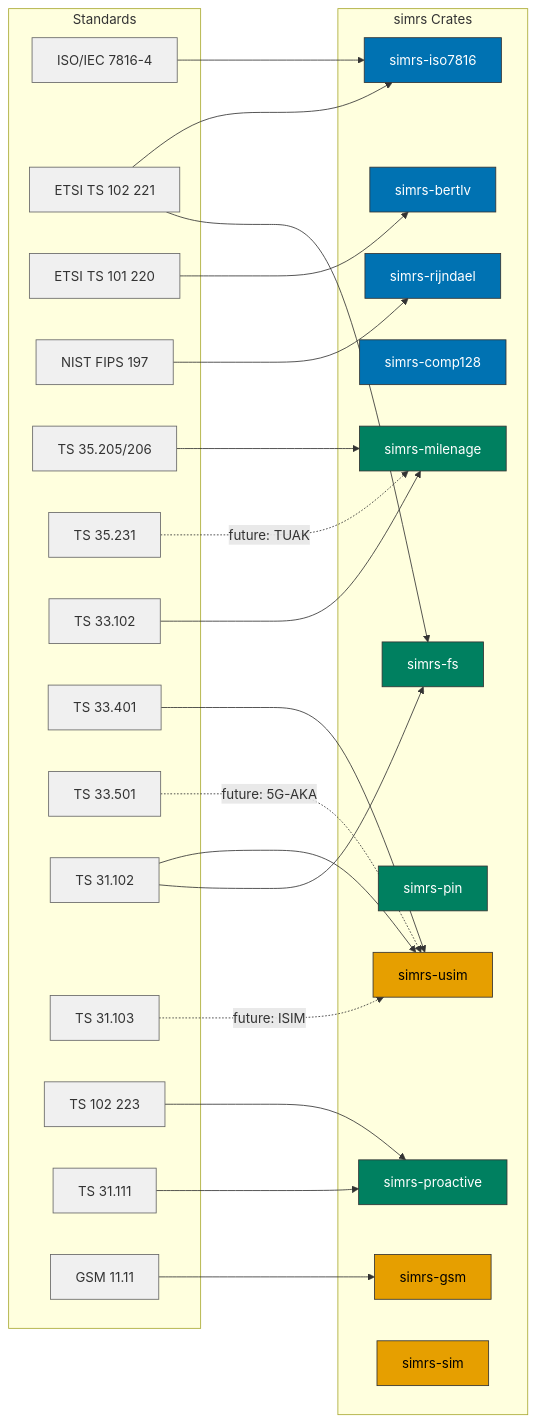
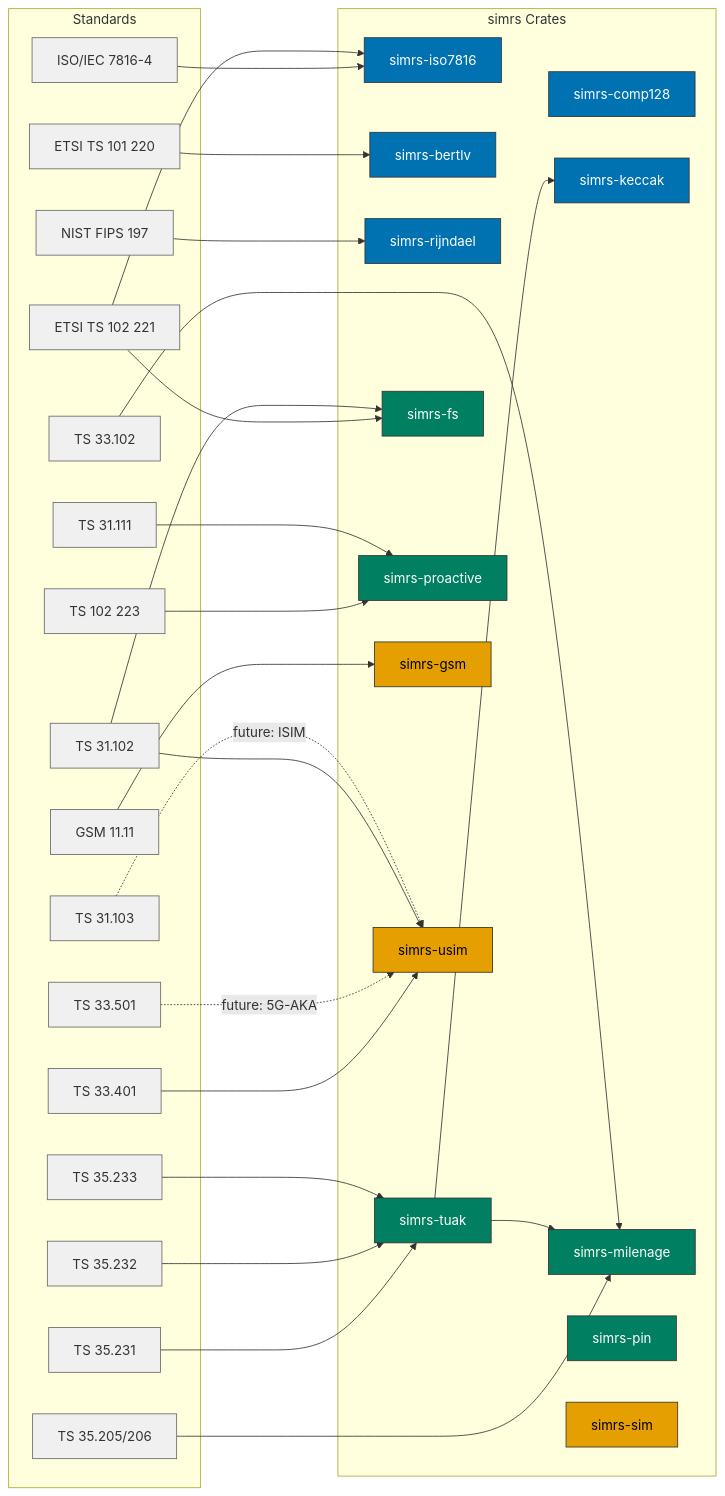
Before and after one commit to jaesharp/simrs: the diagram in docs/standards/README.md, drawn with Mermaid. The commit also changed other lines of this file and 3 other files, not shown here.

````diff
--- a/docs/standards/README.md
+++ b/docs/standards/README.md
@@ -19,60 +19,68 @@
 ```mermaid
 graph LR
     subgraph standards ["Standards"]
         S1["ISO/IEC 7816-4"]
         S2["ETSI TS 102 221"]
         S3["ETSI TS 101 220"]
         S4["NIST FIPS 197"]
         S5["TS 35.205/206"]
         S6["TS 35.231"]
         S7["TS 33.102"]
         S8["TS 33.401"]
         S9["TS 33.501"]
         S10["TS 31.102"]
         S11["TS 31.103"]
         S12["TS 102 223"]
         S13["TS 31.111"]
         S14["GSM 11.11"]
+        S15["TS 35.232"]
+        S16["TS 35.233"]
     end
 
     subgraph crates ["simrs Crates"]
         ISO["simrs-iso7816"]
         BER["simrs-bertlv"]
         RIJ["simrs-rijndael"]
         C128["simrs-comp128"]
+        KEC["simrs-keccak"]
         MIL["simrs-milenage"]
+        TUAK["simrs-tuak"]
         FS["simrs-fs"]
         PIN["simrs-pin"]
         PRO["simrs-proactive"]
         GSM["simrs-gsm"]
         USIM["simrs-usim"]
         SIM["simrs-sim"]
     end
 
     S1 --> ISO
     S2 --> ISO
     S2 --> FS
     S3 --> BER
     S4 --> RIJ
     S5 --> MIL
-    S6 -.->|"future: TUAK"| MIL
+    S6 --> TUAK
+    S15 --> TUAK
+    S16 --> TUAK
+    TUAK --> KEC
+    TUAK --> MIL
     S7 --> MIL
     S8 --> USIM
     S9 -.->|"future: 5G-AKA"| USIM
     S10 --> USIM
     S10 --> FS
     S11 -.->|"future: ISIM"| USIM
     S12 --> PRO
     S13 --> PRO
     S14 --> GSM
 
     classDef foundation fill:#0072B2,stroke:#333,color:#fff
     classDef composition fill:#008060,stroke:#333,color:#fff
     classDef application fill:#E69F00,stroke:#333,color:#000
     classDef std fill:#F0F0F0,stroke:#666,color:#333
 
-    class ISO,BER,RIJ,C128 foundation
-    class MIL,FS,PIN,PRO composition
+    class ISO,BER,RIJ,C128,KEC foundation
+    class MIL,TUAK,FS,PIN,PRO composition
     class GSM,USIM,SIM application
-    class S1,S2,S3,S4,S5,S6,S7,S8,S9,S10,S11,S12,S13,S14 std
+    class S1,S2,S3,S4,S5,S6,S7,S8,S9,S10,S11,S12,S13,S14,S15,S16 std
 ```
````
